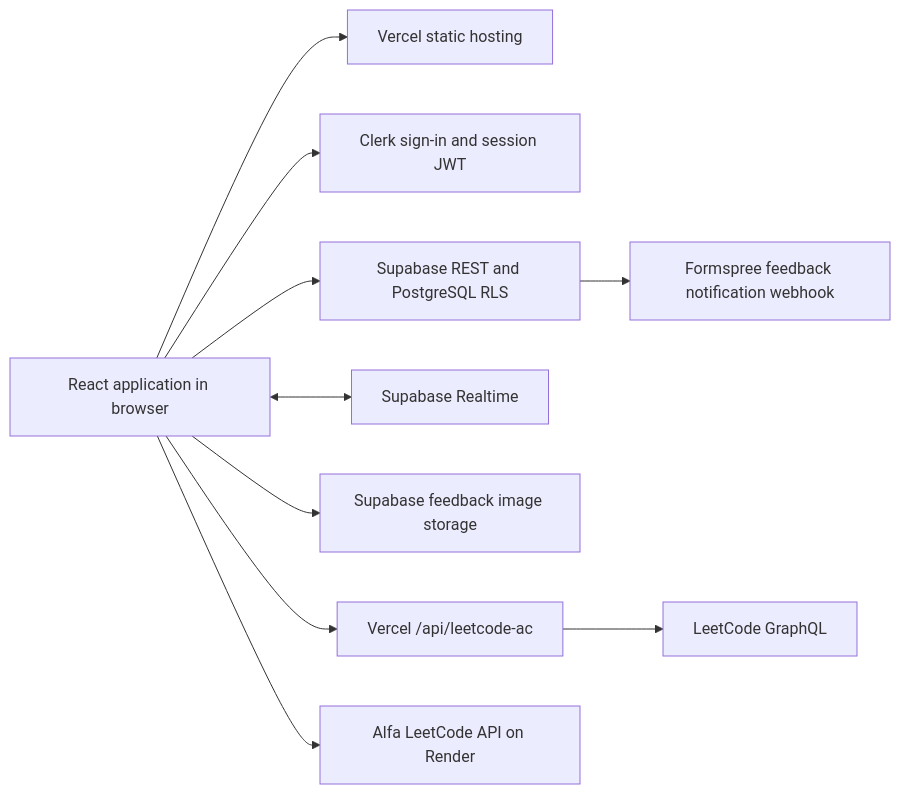
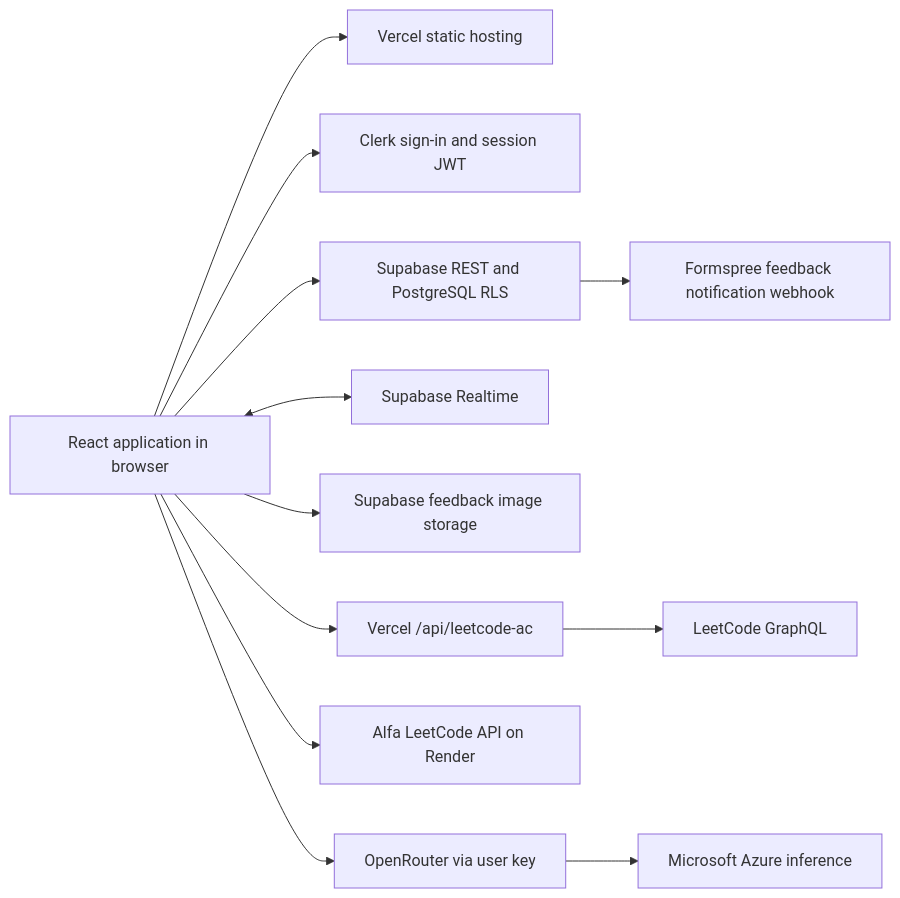
The diagram in docs/reliability-review.md (Alesiobarquin/LC-Tracker), drawn with Mermaid before and after one commit. The commit also changed other lines of this file and 46 other files, not shown here.

````diff
--- a/docs/reliability-review.md
+++ b/docs/reliability-review.md
@@ -8,12 +8,14 @@
 ```mermaid
 flowchart LR
   Browser[React application in browser] --> Vercel[Vercel static hosting]
   Browser --> Clerk[Clerk sign-in and session JWT]
   Browser --> Supabase[Supabase REST and PostgreSQL RLS]
   Browser <--> Realtime[Supabase Realtime]
   Browser --> Storage[Supabase feedback image storage]
   Supabase --> Webhook[Formspree feedback notification webhook]
   Browser --> Proxy[Vercel /api/leetcode-ac]
   Proxy --> LeetCode[LeetCode GraphQL]
   Browser --> Fallback[Alfa LeetCode API on Render]
+  Browser --> OpenRouter[OpenRouter via user key]
+  OpenRouter --> Azure[Microsoft Azure inference]
 ```
````
